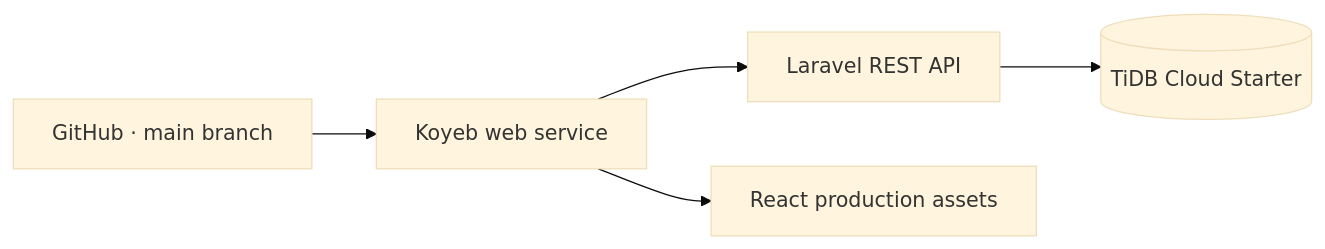
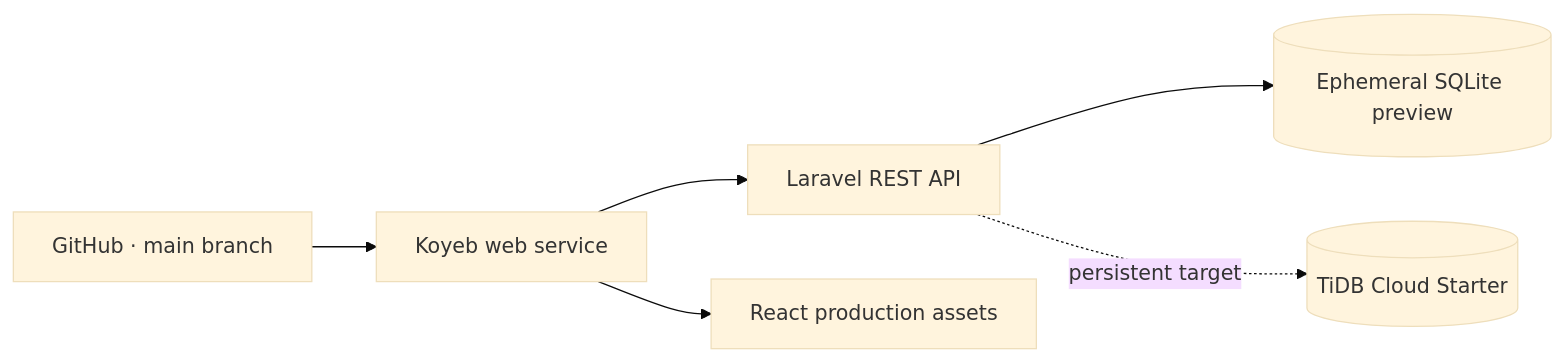
One commit to 5eef/Seef_E_commerce changed the diagram in docs/DEPLOYMENT_DEMO.md. Above: the diagram before and after it, drawn with Mermaid (base theme). The commit also changed other lines of this file and 1 other file, not shown here.

Commit message:
Document zero-cost preview mode

````diff
--- a/docs/DEPLOYMENT_DEMO.md
+++ b/docs/DEPLOYMENT_DEMO.md
@@ -7,7 +7,8 @@
 ```mermaid
 flowchart LR
     GitHub[GitHub · main branch] --> Koyeb[Koyeb web service]
     Koyeb --> Laravel[Laravel REST API]
     Koyeb --> React[React production assets]
-    Laravel --> TiDB[(TiDB Cloud Starter)]
+    Laravel --> Preview[(Ephemeral SQLite preview)]
+    Laravel -. persistent target .-> TiDB[(TiDB Cloud Starter)]
 ```
````
